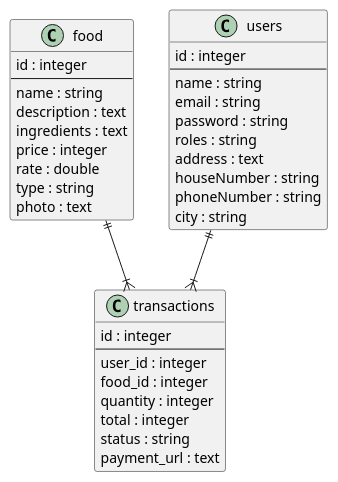
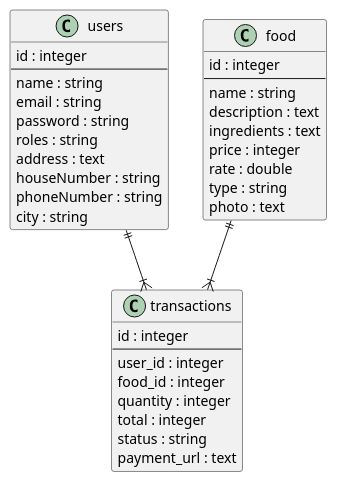
The diagram in database/schema/erd.puml (abuabdirohman4/laravel-8-foodmartket-api), drawn with PlantUML before and after one commit. The commit also changed other lines of this file and 1 other file, not shown here.

```diff
--- a/database/schema/erd.puml
+++ b/database/schema/erd.puml
@@ -1,38 +1,38 @@
-class food {
-    id : integer
-    --
-    name : string
-    description : text
-    ingredients : text
-    price : integer
-    rate : double
-    type : string
-    photo : text
-}
-
 class users {
     id : integer
     --
     name : string
     email : string
     password : string
     roles : string
     address : text
     houseNumber : string
     phoneNumber : string
     city : string
+}
+
+class food {
+    id : integer
+    --
+    name : string
+    description : text
+    ingredients : text
+    price : integer
+    rate : double
+    type : string
+    photo : text
 }
 
 class transactions {
     id : integer
     --
     user_id : integer
     food_id : integer
     quantity : integer
     total : integer
     status : string
     payment_url : text
 }
 
 users ||--|{ transactions
 food ||--|{ transactions
```
